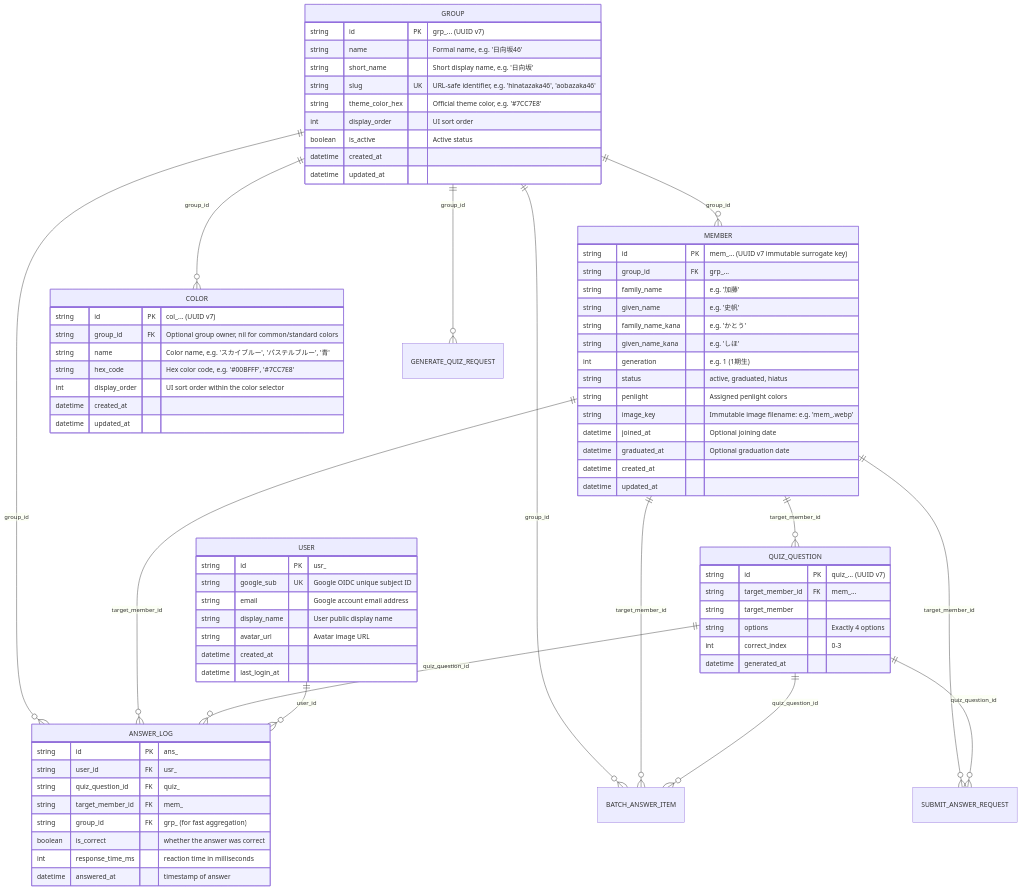
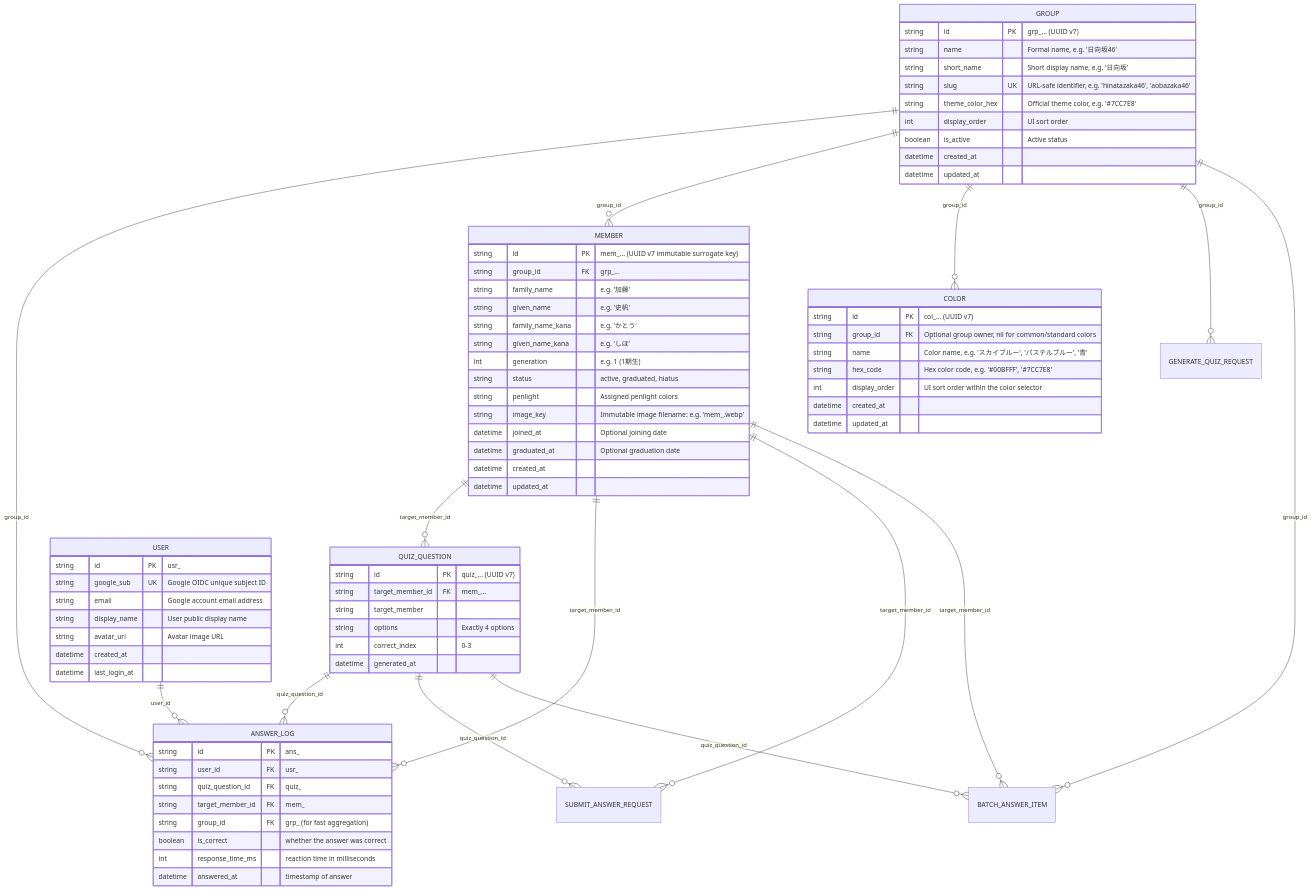
One commit to AobaIwaki123/penlight-v2 changed the diagram in assets/schema/er-diagram.mermaid. Above: the diagram before and after it, drawn with Mermaid. The commit also changed other lines of this file and 6 other files, not shown here.

```diff
--- a/assets/schema/er-diagram.mermaid
+++ b/assets/schema/er-diagram.mermaid
@@ -1,83 +1,83 @@
 erDiagram
     MEMBER ||--o{ QUIZ_QUESTION : "target_member_id"
     USER ||--o{ ANSWER_LOG : "user_id"
     QUIZ_QUESTION ||--o{ ANSWER_LOG : "quiz_question_id"
     MEMBER ||--o{ ANSWER_LOG : "target_member_id"
     GROUP ||--o{ ANSWER_LOG : "group_id"
+    GROUP ||--o{ MEMBER : "group_id"
     GROUP ||--o{ COLOR : "group_id"
     GROUP ||--o{ GENERATE_QUIZ_REQUEST : "group_id"
     QUIZ_QUESTION ||--o{ SUBMIT_ANSWER_REQUEST : "quiz_question_id"
     MEMBER ||--o{ SUBMIT_ANSWER_REQUEST : "target_member_id"
     QUIZ_QUESTION ||--o{ BATCH_ANSWER_ITEM : "quiz_question_id"
     MEMBER ||--o{ BATCH_ANSWER_ITEM : "target_member_id"
     GROUP ||--o{ BATCH_ANSWER_ITEM : "group_id"
-    GROUP ||--o{ MEMBER : "group_id"
 
     GROUP {
         string id PK "grp_... (UUID v7)"
         string name "Formal name, e.g. '日向坂46'"
         string short_name "Short display name, e.g. '日向坂'"
         string slug UK "URL-safe identifier, e.g. 'hinatazaka46', 'aobazaka46'"
         string theme_color_hex "Official theme color, e.g. '#7CC7E8'"
         int display_order "UI sort order"
         boolean is_active "Active status"
         datetime created_at
         datetime updated_at
     }
 
     COLOR {
         string id PK "col_... (UUID v7)"
         string group_id FK "Optional group owner, nil for common/standard colors"
         string name "Color name, e.g. 'スカイブルー', 'パステルブルー', '青'"
         string hex_code "Hex color code, e.g. '#00BFFF', '#7CC7E8'"
         int display_order "UI sort order within the color selector"
         datetime created_at
         datetime updated_at
     }
 
     MEMBER {
         string id PK "mem_... (UUID v7 immutable surrogate key)"
         string group_id FK "grp_..."
         string family_name "e.g. '加藤'"
         string given_name "e.g. '史帆'"
         string family_name_kana "e.g. 'かとう'"
         string given_name_kana "e.g. 'しほ'"
         int generation "e.g. 1 (1期生)"
         string status "active, graduated, hiatus"
         string penlight "Assigned penlight colors"
         string image_key "Immutable image filename: e.g. 'mem_<uuidv7>.webp'"
         datetime joined_at "Optional joining date"
         datetime graduated_at "Optional graduation date"
         datetime created_at
         datetime updated_at
     }
 
     USER {
         string id PK "usr_<uuidv7>"
         string google_sub UK "Google OIDC unique subject ID"
         string email "Google account email address"
         string display_name "User public display name"
         string avatar_url "Avatar image URL"
         datetime created_at
         datetime last_login_at
     }
 
     ANSWER_LOG {
         string id PK "ans_<uuidv7>"
         string user_id FK "usr_<uuidv7>"
         string quiz_question_id FK "quiz_<uuidv7>"
         string target_member_id FK "mem_<uuidv7>"
         string group_id FK "grp_<uuidv7> (for fast aggregation)"
         boolean is_correct "whether the answer was correct"
         int response_time_ms "reaction time in milliseconds"
         datetime answered_at "timestamp of answer"
     }
 
     QUIZ_QUESTION {
         string id PK "quiz_... (UUID v7)"
         string target_member_id FK "mem_..."
         string target_member
         string options "Exactly 4 options"
         int correct_index "0-3"
         datetime generated_at
     }
```
